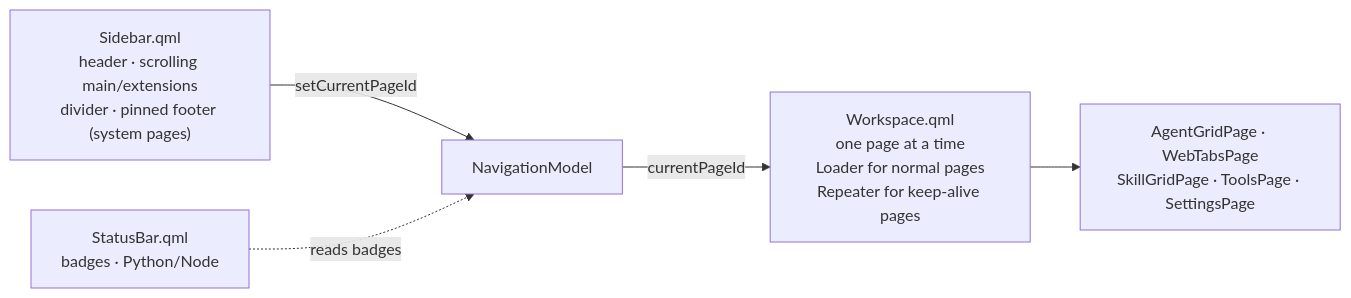
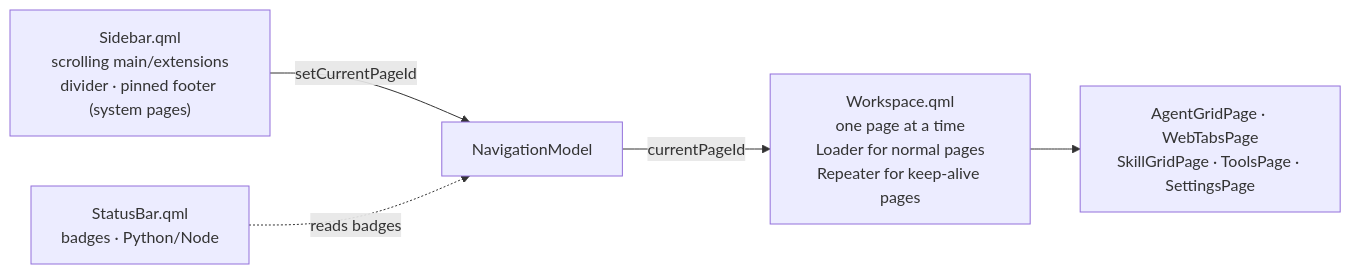
Before and after one commit to czyt1988/AgentWorkbench: the fourth of 4 diagrams in docs/architecture/index.md, drawn with Mermaid. The commit also changed 33 other files, not shown here.

First line of the commit message:
refactor(ui): unify typography, drop skill-card copy button, remove sidebar header

````diff
--- a/docs/architecture/index.md
+++ b/docs/architecture/index.md
@@ -165,12 +165,12 @@
 ```mermaid
 flowchart LR
-    Sidebar["Sidebar.qml<br/>header · scrolling main/extensions<br/>divider · pinned footer (system pages)"]
+    Sidebar["Sidebar.qml<br/>scrolling main/extensions<br/>divider · pinned footer (system pages)"]
     Workspace["Workspace.qml<br/>one page at a time<br/>Loader for normal pages<br/>Repeater for keep-alive pages"]
     StatusBar["StatusBar.qml<br/>badges · Python/Node"]
     Nav["NavigationModel"]
     Pages["AgentGridPage · WebTabsPage<br/>SkillGridPage · ToolsPage · SettingsPage"]
     Sidebar -->|setCurrentPageId| Nav
     Nav -->|currentPageId| Workspace
     Workspace --> Pages
     StatusBar -.->|reads badges| Nav
 ```
````
